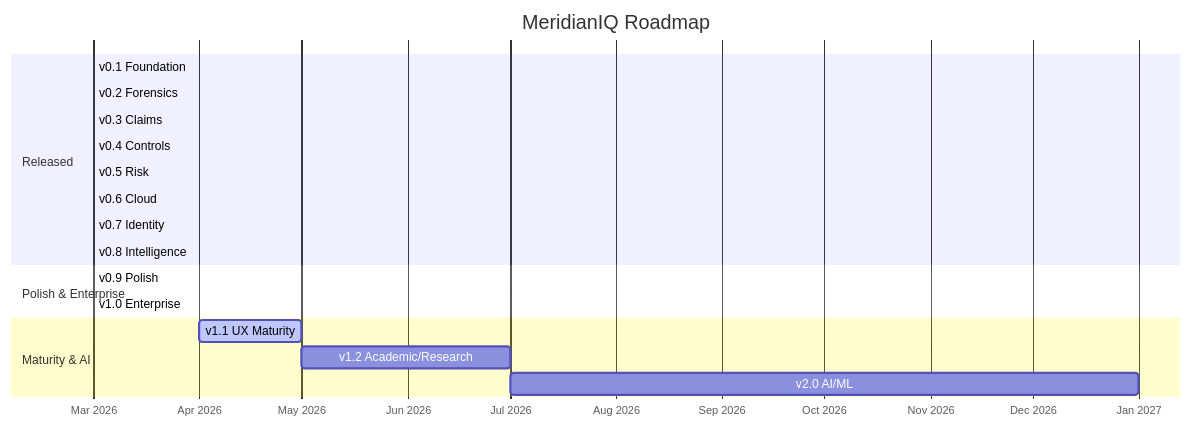
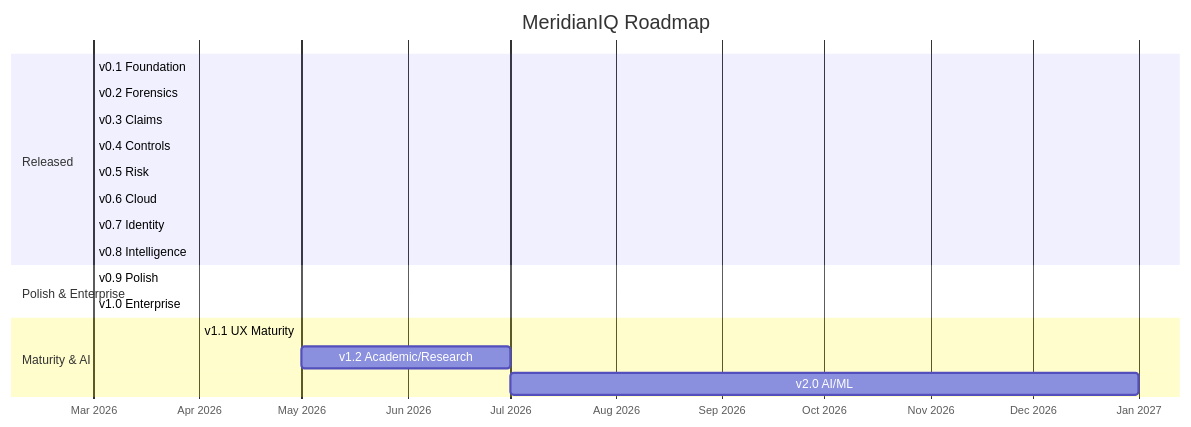
The second of 2 diagrams in docs/v06-planning/ROADMAP_v06_to_v20.md (VitorMRodovalho/meridianiq), drawn with Mermaid before and after one commit. The commit also changed other lines of this file and 11 other files, not shown here.

````diff
--- a/docs/v06-planning/ROADMAP_v06_to_v20.md
+++ b/docs/v06-planning/ROADMAP_v06_to_v20.md
@@ -305,25 +305,25 @@
 ```mermaid
 gantt
     title MeridianIQ Roadmap
     dateFormat YYYY-MM
     axisFormat %b %Y
 
     section Released
     v0.1 Foundation          :done, v01, 2026-03, 2026-03
     v0.2 Forensics           :done, v02, 2026-03, 2026-03
     v0.3 Claims              :done, v03, 2026-03, 2026-03
     v0.4 Controls            :done, v04, 2026-03, 2026-03
     v0.5 Risk                :done, v05, 2026-03, 2026-03
     v0.6 Cloud               :done, v06, 2026-03, 2026-03
     v0.7 Identity            :done, v07, 2026-03, 2026-03
     v0.8 Intelligence        :done, v08, 2026-03, 2026-03
 
     section Polish & Enterprise
     v0.9 Polish              :done, v09, 2026-03, 2026-03
     v1.0 Enterprise          :done, v10, 2026-03, 2026-03
 
     section Maturity & AI
-    v1.1 UX Maturity         :active, v11, 2026-04, 2026-05
+    v1.1 UX Maturity         :done, v11, 2026-04, 2026-04
     v1.2 Academic/Research    :v12, 2026-05, 2026-07
     v2.0 AI/ML               :v20, 2026-07, 2027-01
 ```
````
